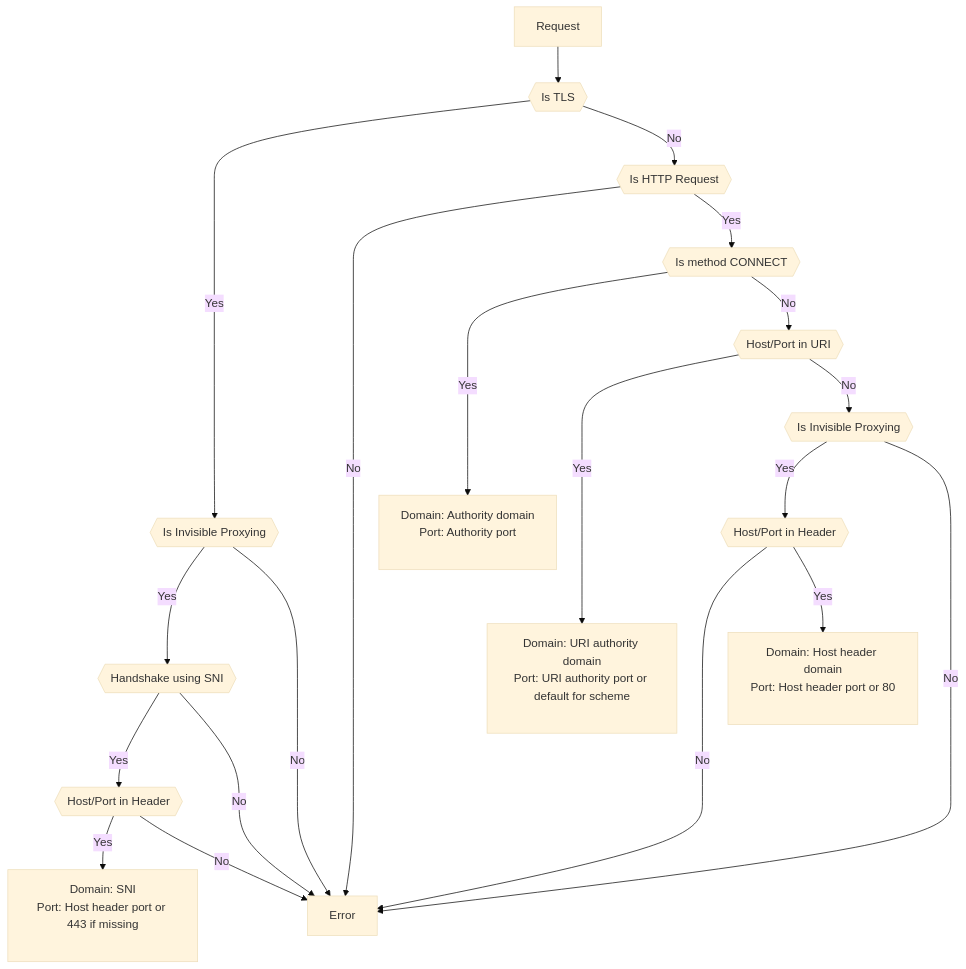
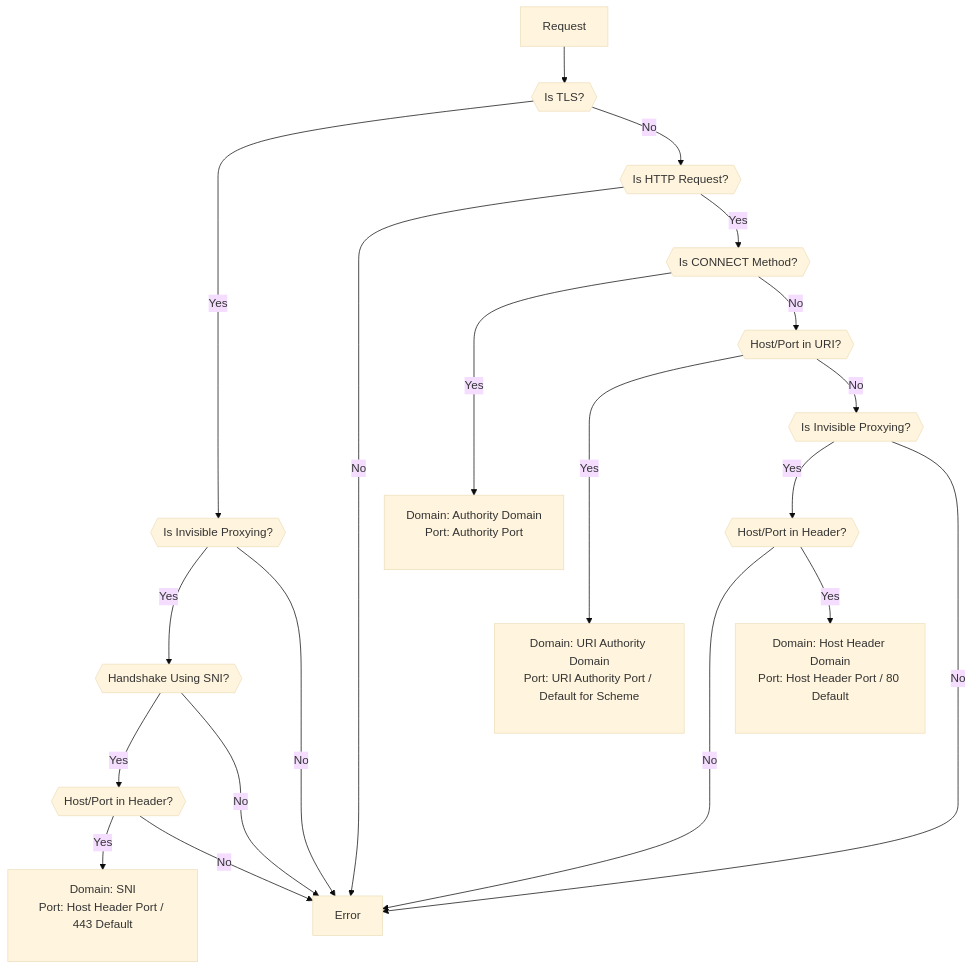
One commit to caido/documentation changed the second of 2 diagrams in src/concepts/traffic_splitting.md. Above: the diagram before and after it, drawn with Mermaid (base theme). The commit also changed other lines of this file and 25 other files, not shown here.

First line of the commit message:
Concepts rework: Proxying/Splitting/GraphQL (#312)

````diff
--- a/src/concepts/traffic_splitting.md
+++ b/src/concepts/traffic_splitting.md
@@ -81,22 +107,22 @@
 ```mermaid
 flowchart TD
-  Request --> TLS{{Is TLS}}
-  TLS --Yes --> InvisibleTLS{{Is Invisible Proxying}}
-  TLS --No --> HTTP{{Is HTTP Request}}
-  InvisibleTLS --Yes --> Handshake{{Handshake using SNI}}
+  Request --> TLS{{Is TLS?}}
+  TLS --Yes --> InvisibleTLS{{Is Invisible Proxying?}}
+  TLS --No --> HTTP{{Is HTTP Request?}}
+  InvisibleTLS --Yes --> Handshake{{Handshake Using SNI?}}
   InvisibleTLS --->|No| Error
-  Handshake --Yes --> HeaderTLS{{Host/Port in Header}}
+  Handshake --Yes --> HeaderTLS{{Host/Port in Header?}}
   Handshake --->|No| Error
-  HeaderTLS --Yes --> SNI[Domain: SNI<br>Port: Host header port or 443 if missing<br/>&nbsp]
+  HeaderTLS --Yes --> SNI[Domain: SNI<br>Port: Host Header Port / 443 Default<br/>&nbsp]
   HeaderTLS --No --> Error
   HTTP --->|No| Error
-  HTTP --Yes --> Connect{{Is method CONNECT}}
-  Connect ---->|Yes| ConnectTunnel[Domain: Authority domain<br/>Port: Authority port<br/>&nbsp]
-  Connect --No --> Url{{Host/Port in URI}}
-  Url ---->|Yes| Tunnel[Domain: URI authority domain<br/>Port: URI authority port or default for scheme<br/>&nbsp]
-  Url --No --> InvisibleHttp{{Is Invisible Proxying}}
-  InvisibleHttp --Yes --> Header{{Host/Port in Header}}
+  HTTP --Yes --> Connect{{Is CONNECT Method?}}
+  Connect ---->|Yes| ConnectTunnel[Domain: Authority Domain<br/>Port: Authority Port<br/>&nbsp]
+  Connect --No --> Url{{Host/Port in URI?}}
+  Url ---->|Yes| Tunnel[Domain: URI Authority Domain<br/>Port: URI Authority Port / Default for Scheme<br/>&nbsp]
+  Url --No --> InvisibleHttp{{Is Invisible Proxying?}}
+  InvisibleHttp --Yes --> Header{{Host/Port in Header?}}
   InvisibleHttp --->|No| Error
   Header ---->|No| Error
-  Header --Yes --> Direct[Domain: Host header domain<br/>Port: Host header port or 80<br/>&nbsp]
+  Header --Yes --> Direct[Domain: Host Header Domain<br/>Port: Host Header Port / 80 Default<br/>&nbsp]
 ```
````
